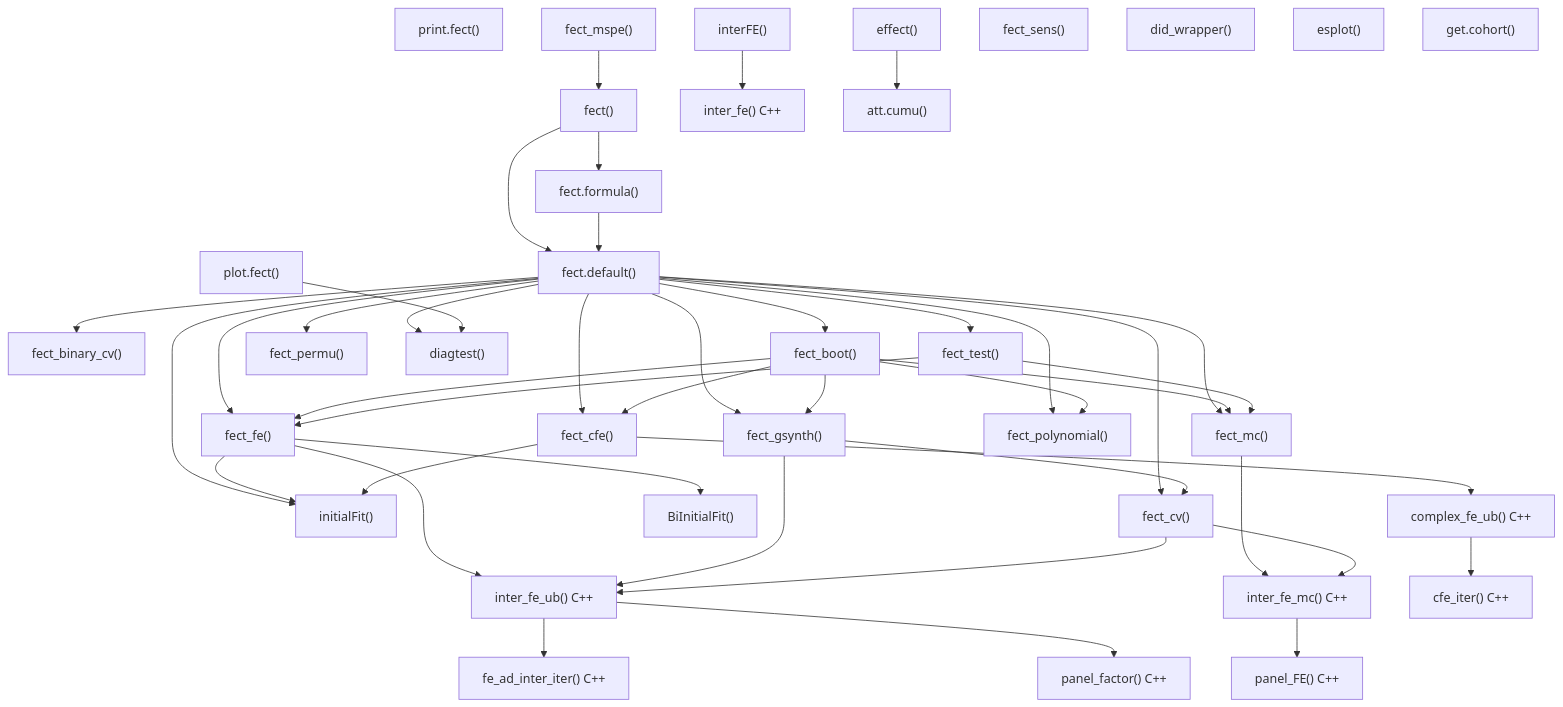
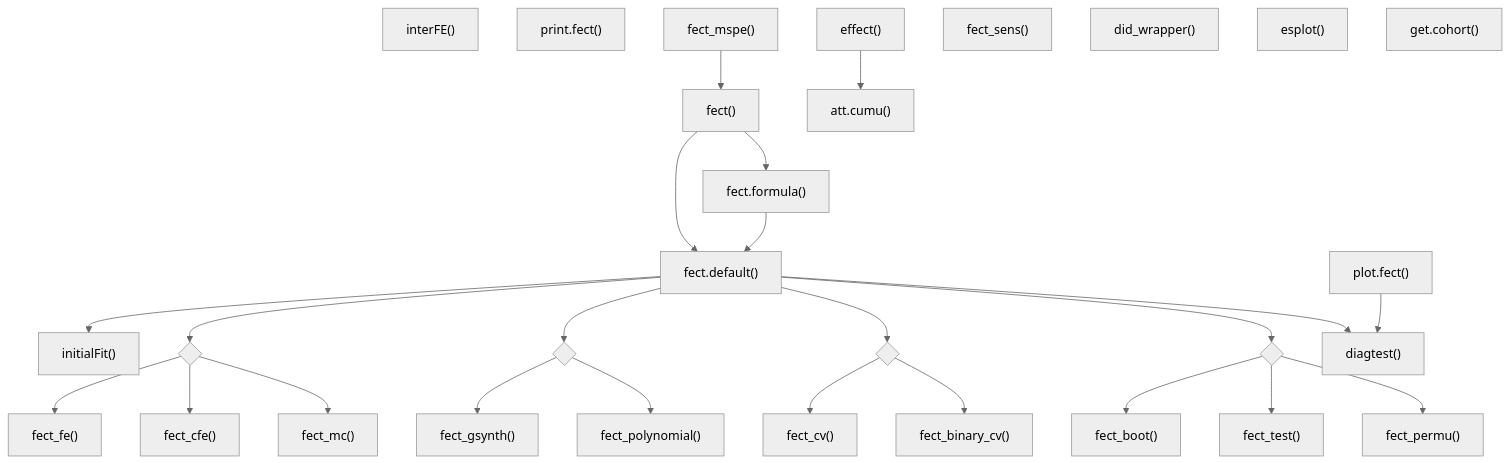
The fourth of 6 diagrams in architecture.md (xuyiqing/fect), drawn with Mermaid before and after one commit. The commit also changed other lines of this file, not shown here.

Commit message:
docs: redraw architecture.md per StatsClaw template conventions

````diff
--- a/architecture.md
+++ b/architecture.md
@@ -153,62 +158,43 @@
 ```mermaid
+%%{init: {'theme': 'neutral'}}%%
 graph TD
     fect["fect()"] --> fect_formula["fect.formula()"]
     fect --> fect_default["fect.default()"]
     fect_formula --> fect_default
 
     fect_default --> initialFit["initialFit()"]
-    fect_default --> fect_fe["fect_fe()"]
-    fect_default --> fect_cfe["fect_cfe()"]
-    fect_default --> fect_mc["fect_mc()"]
-    fect_default --> fect_gsynth["fect_gsynth()"]
-    fect_default --> fect_polynomial["fect_polynomial()"]
-    fect_default --> fect_cv["fect_cv()"]
-    fect_default --> fect_binary_cv["fect_binary_cv()"]
-    fect_default --> fect_boot["fect_boot()"]
-    fect_default --> fect_test["fect_test()"]
-    fect_default --> fect_permu["fect_permu()"]
+
+    fect_default --> R1_route{" "}
+    R1_route --> fect_fe["fect_fe()"]
+    R1_route --> fect_cfe["fect_cfe()"]
+    R1_route --> fect_mc["fect_mc()"]
+
+    fect_default --> R2_route{" "}
+    R2_route --> fect_gsynth["fect_gsynth()"]
+    R2_route --> fect_polynomial["fect_polynomial()"]
+
+    fect_default --> R3_route{" "}
+    R3_route --> fect_cv["fect_cv()"]
+    R3_route --> fect_binary_cv["fect_binary_cv()"]
+
+    fect_default --> R4_route{" "}
+    R4_route --> fect_boot["fect_boot()"]
+    R4_route --> fect_test["fect_test()"]
+    R4_route --> fect_permu["fect_permu()"]
+
     fect_default --> diagtest["diagtest()"]
 
-    fect_fe --> initialFit
-    fect_fe --> inter_fe_ub["inter_fe_ub() C++"]
-    fect_fe --> BiInitialFit["BiInitialFit()"]
-
-    fect_cfe --> initialFit
-    fect_cfe --> complex_fe_ub["complex_fe_ub() C++"]
-
-    fect_mc --> inter_fe_mc["inter_fe_mc() C++"]
-
-    fect_gsynth --> inter_fe_ub
-    fect_gsynth --> fect_cv
-
-    fect_cv --> inter_fe_ub
-    fect_cv --> inter_fe_mc
-
-    fect_boot --> fect_fe
-    fect_boot --> fect_cfe
-    fect_boot --> fect_mc
-    fect_boot --> fect_gsynth
-    fect_boot --> fect_polynomial
-
-    fect_test --> fect_fe
-    fect_test --> fect_mc
-
-    complex_fe_ub --> cfe_iter["cfe_iter() C++"]
-    inter_fe_ub --> fe_ad_inter_iter["fe_ad_inter_iter() C++"]
-    inter_fe_ub --> panel_factor["panel_factor() C++"]
-    inter_fe_mc --> panel_FE["panel_FE() C++"]
-
-    plot_fect["plot.fect()"] --> diagtest
+    interFE["interFE()"]
+    plot_fect["plot.fect()"]
     print_fect["print.fect()"]
-
-    interFE["interFE()"] --> inter_fe["inter_fe() C++"]
-
-    effect_fn["effect()"] --> att_cumu["att.cumu()"]
-
-    fect_mspe["fect_mspe()"] --> fect
+    effect_fn["effect()"]
+    fect_mspe["fect_mspe()"]
     fect_sens["fect_sens()"]
-
     did_wrapper["did_wrapper()"]
     esplot_fn["esplot()"]
     get_cohort["get.cohort()"]
+
+    plot_fect --> diagtest
+    effect_fn --> att_cumu["att.cumu()"]
+    fect_mspe --> fect
 ```
````
